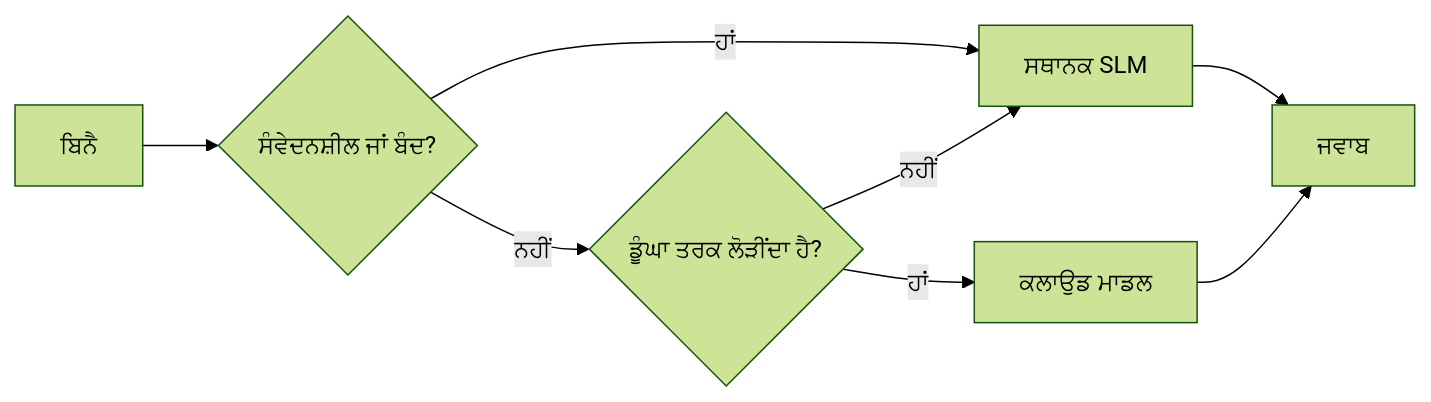
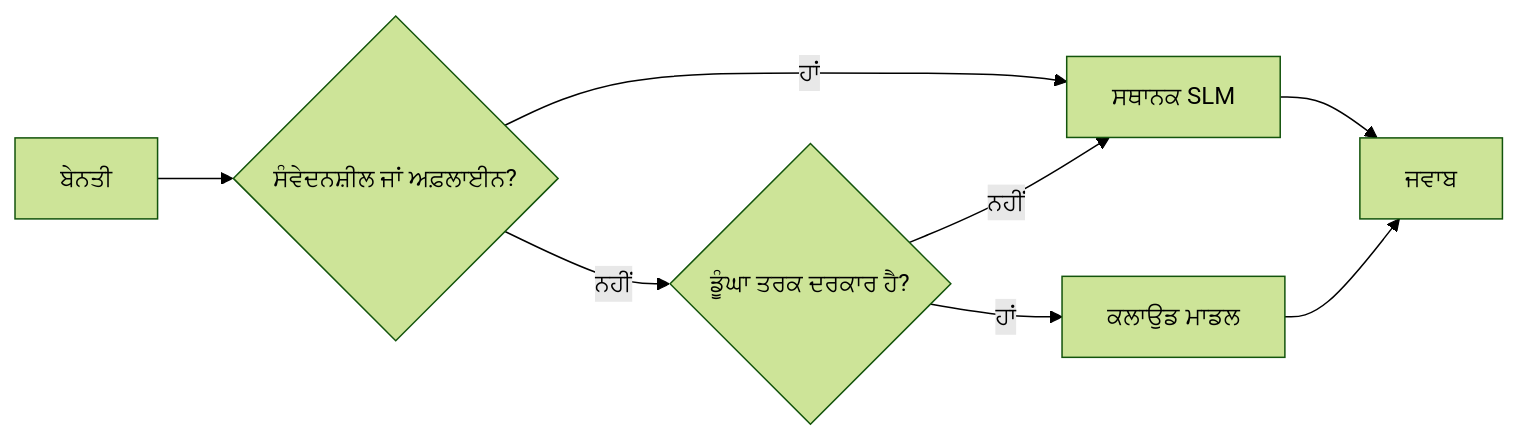
Before and after one commit to gabrielmoreira/agent-skills-mirror: the fourth of 4 diagrams in mirrors/repos/microsoft@ai-agents-for-beginners/translations/pa/17-creating-local-ai-agents/README.md, drawn with Mermaid (forest theme). The commit also changed other lines of this file and 4262 other files, not shown here.

````diff
--- a/mirrors/repos/microsoft@ai-agents-for-beginners/translations/pa/17-creating-local-ai-agents/README.md
+++ b/mirrors/repos/microsoft@ai-agents-for-beginners/translations/pa/17-creating-local-ai-agents/README.md
@@ -156,10 +156,10 @@
 ```mermaid
 flowchart LR
-    Q[ਬਿਨੈ] --> S{ਸੰਵੇਦਨਸ਼ੀਲ ਜਾਂ ਬੰਦ?}
+    Q[ਬੇਨਤੀ] --> S{ਸੰਵੇਦਨਸ਼ੀਲ ਜਾਂ ਅਫ਼ਲਾਈਨ?}
     S -->|ਹਾਂ| L[ਸਥਾਨਕ SLM]
-    S -->|ਨਹੀਂ| C{ਡੂੰਘਾ ਤਰਕ ਲੋੜੀਂਦਾ ਹੈ?}
+    S -->|ਨਹੀਂ| C{ਡੂੰਘਾ ਤਰਕ ਦਰਕਾਰ ਹੈ?}
     C -->|ਨਹੀਂ| L
     C -->|ਹਾਂ| Cloud[ਕਲਾਉਡ ਮਾਡਲ]
     L --> Out[ਜਵਾਬ]
     Cloud --> Out
 ```
````
